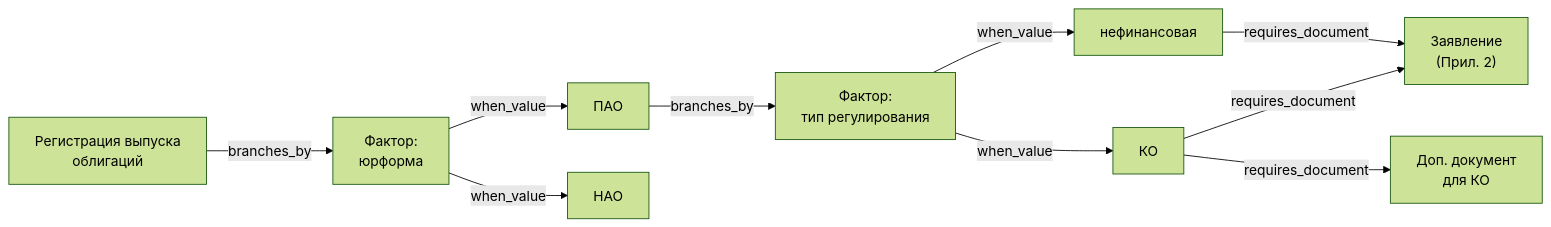
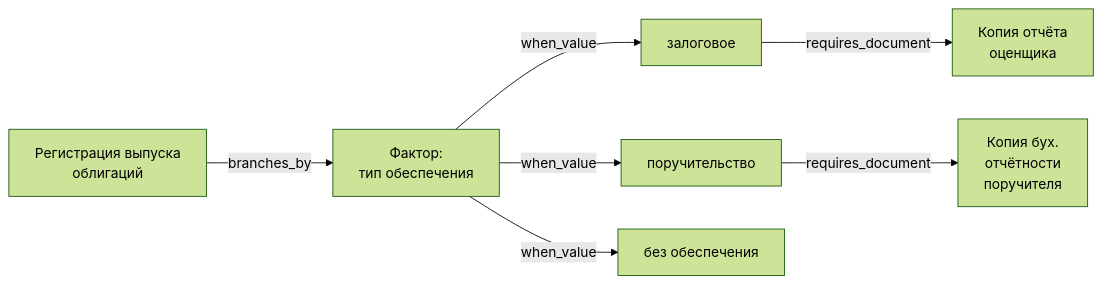
The second of 4 diagrams in 00_docs/specs/task_specification.md (Dieugene/graph-parsing-706), drawn with Mermaid (forest theme) before and after one commit. The commit also changed other lines of this file and 1 other file, not shown here.

Commit message:
Refine task specification and add chapter 34 calibration document

````diff
--- a/00_docs/specs/task_specification.md
+++ b/00_docs/specs/task_specification.md
@@ -198,12 +198,9 @@
 ```mermaid
 graph LR
-    RA["Регистрация выпуска<br/>облигаций"] -->|branches_by| F1["Фактор:<br/>юрформа"]
-    F1 -->|when_value| V1["ПАО"]
-    F1 -->|when_value| V2["НАО"]
-    V1 -->|branches_by| F2["Фактор:<br/>тип регулирования"]
-    F2 -->|when_value| V3["нефинансовая"]
-    F2 -->|when_value| V4["КО"]
-    V3 -->|requires_document| D1["Заявление<br/>(Прил. 2)"]
-    V4 -->|requires_document| D1
-    V4 -->|requires_document| D2["Доп. документ<br/>для КО"]
+    RA["Регистрация выпуска<br/>облигаций"] -->|branches_by| F1["Фактор:<br/>тип обеспечения"]
+    F1 -->|when_value| V1["залоговое"]
+    F1 -->|when_value| V2["поручительство"]
+    F1 -->|when_value| V3["без обеспечения"]
+    V1 -->|requires_document| D1["Копия отчёта<br/>оценщика"]
+    V2 -->|requires_document| D2["Копия бух.<br/>отчётности<br/>поручителя"]
 ```
````
